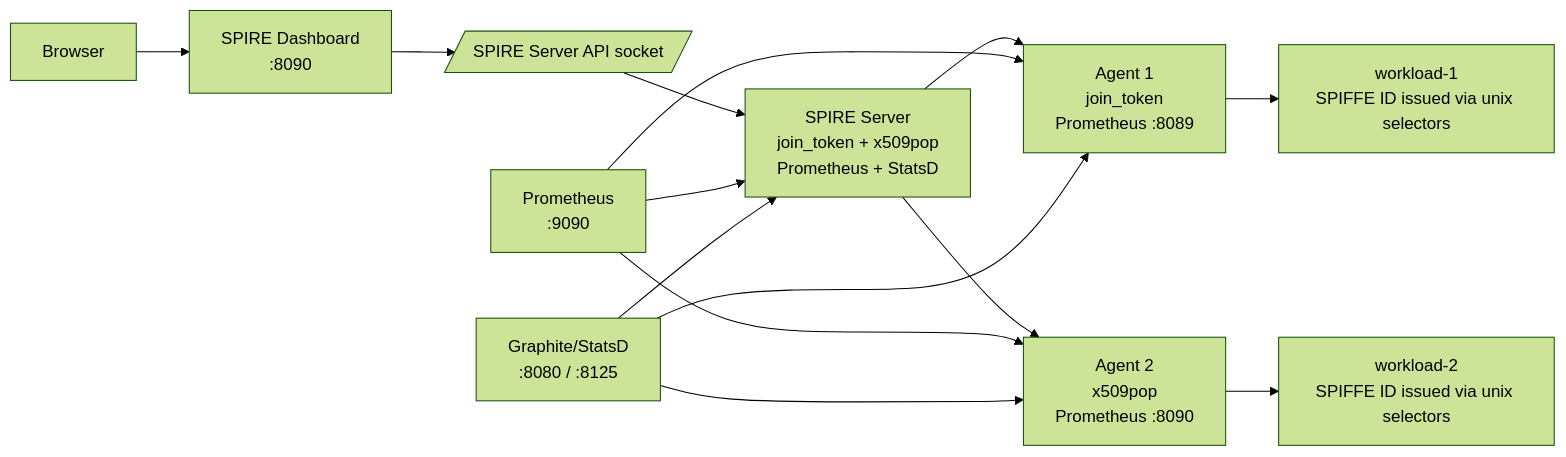
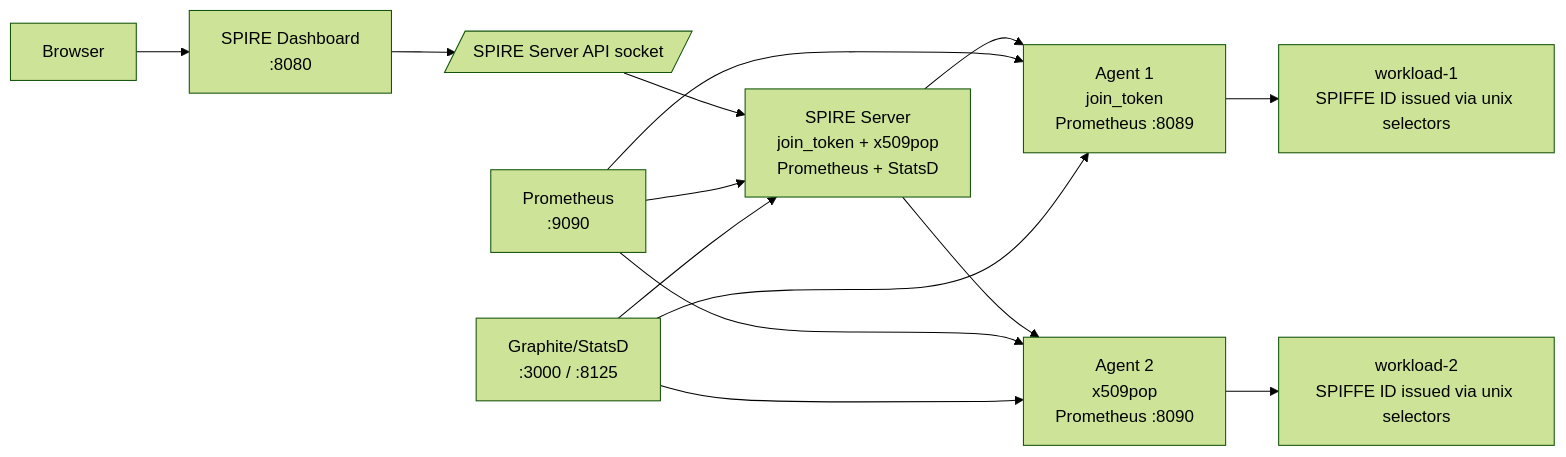
The diagram in scenarios/07-production/README.md (miroslav-matejovsky/spiffe-spire-demo), drawn with Mermaid (forest theme) before and after one commit. The commit also changed other lines of this file and 119 other files, not shown here.

````diff
--- a/scenarios/07-production/README.md
+++ b/scenarios/07-production/README.md
@@ -19,19 +19,19 @@
 ```mermaid
 flowchart LR
-    Browser[Browser] --> Dashboard[SPIRE Dashboard\n:8090]
+    Browser[Browser] --> Dashboard[SPIRE Dashboard\n:8080]
     Dashboard --> ServerSocket[/SPIRE Server API socket/]
     ServerSocket --> Server[SPIRE Server\njoin_token + x509pop\nPrometheus + StatsD]
 
     Server --> Agent1[Agent 1\njoin_token\nPrometheus :8089]
     Server --> Agent2[Agent 2\nx509pop\nPrometheus :8090]
 
     Agent1 --> Workload1[workload-1\nSPIFFE ID issued via unix selectors]
     Agent2 --> Workload2[workload-2\nSPIFFE ID issued via unix selectors]
 
     Prom[Prometheus\n:9090] --> Server
     Prom --> Agent1
     Prom --> Agent2
-    Statsd[Graphite/StatsD\n:8080 / :8125] --> Server
+    Statsd[Graphite/StatsD\n:3000 / :8125] --> Server
     Statsd --> Agent1
     Statsd --> Agent2
 ```
````
